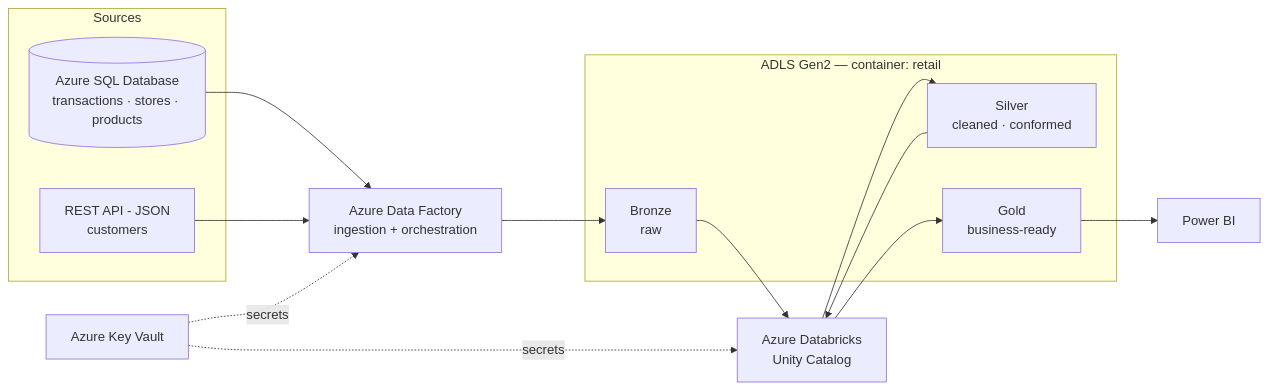
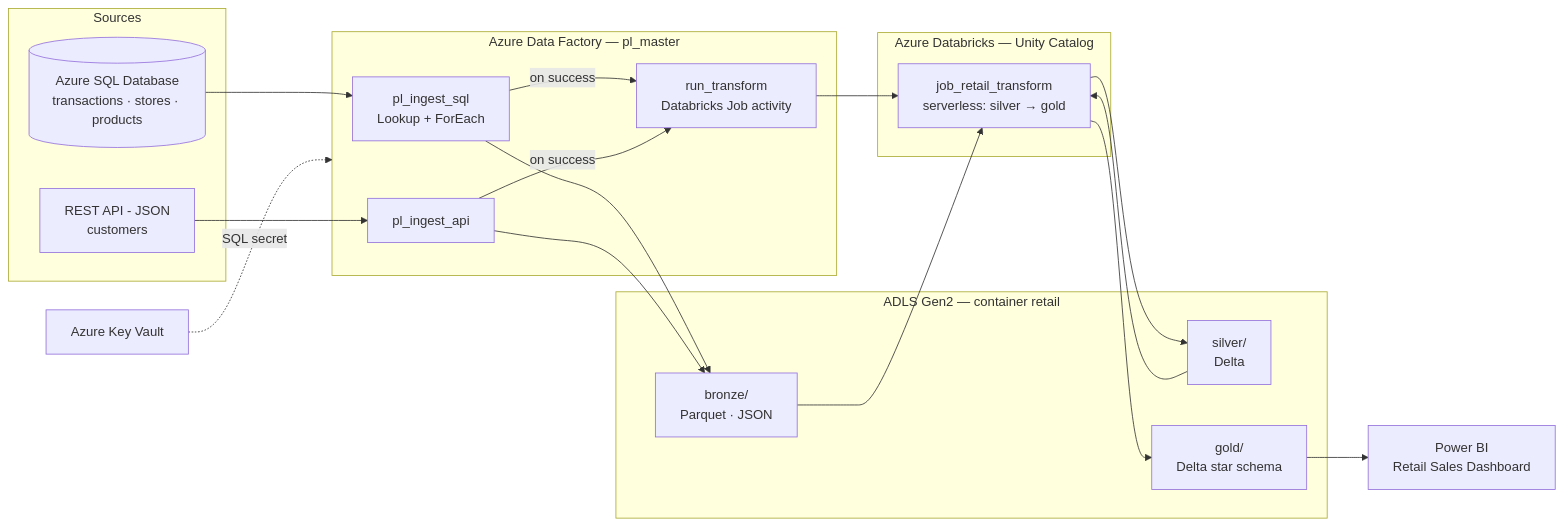
One commit to AzedineEzzaaraoui/azure-retail-data-platform changed the diagram in README.md. Above: the diagram before and after it, drawn with Mermaid. The commit also changed other lines of this file, not shown here.

````diff
--- a/README.md
+++ b/README.md
@@ -7,27 +9,33 @@
 ```mermaid
 flowchart LR
     subgraph Sources
         SQL[(Azure SQL Database<br/>transactions · stores · products)]
         API[REST API - JSON<br/>customers]
     end
 
-    ADF[Azure Data Factory<br/>ingestion + orchestration]
-
-    subgraph ADLS["ADLS Gen2 — container: retail"]
-        B[Bronze<br/>raw]
-        S[Silver<br/>cleaned · conformed]
-        G[Gold<br/>business-ready]
+    subgraph ADF["Azure Data Factory — pl_master"]
+        I1[pl_ingest_sql<br/>Lookup + ForEach]
+        I2[pl_ingest_api]
+        J[run_transform<br/>Databricks Job activity]
     end
 
-    DBX[Azure Databricks<br/>Unity Catalog]
-    PBI[Power BI]
+    subgraph ADLS["ADLS Gen2 — container retail"]
+        B[bronze/<br/>Parquet · JSON]
+        S[silver/<br/>Delta]
+        G[gold/<br/>Delta star schema]
+    end
+
+    subgraph DBX["Azure Databricks — Unity Catalog"]
+        JOB[job_retail_transform<br/>serverless: silver → gold]
+    end
+
     KV[Azure Key Vault]
+    PBI[Power BI<br/>Retail Sales Dashboard]
 
-    SQL --> ADF
-    API --> ADF
-    ADF --> B
-    B --> DBX --> S --> DBX --> G
+    SQL --> I1 --> B
+    API --> I2 --> B
+    I1 & I2 -->|on success| J --> JOB
+    B --> JOB --> S --> JOB --> G
     G --> PBI
-    KV -.secrets.-> ADF
-    KV -.secrets.-> DBX
+    KV -. SQL secret .-> ADF
 ```
````
